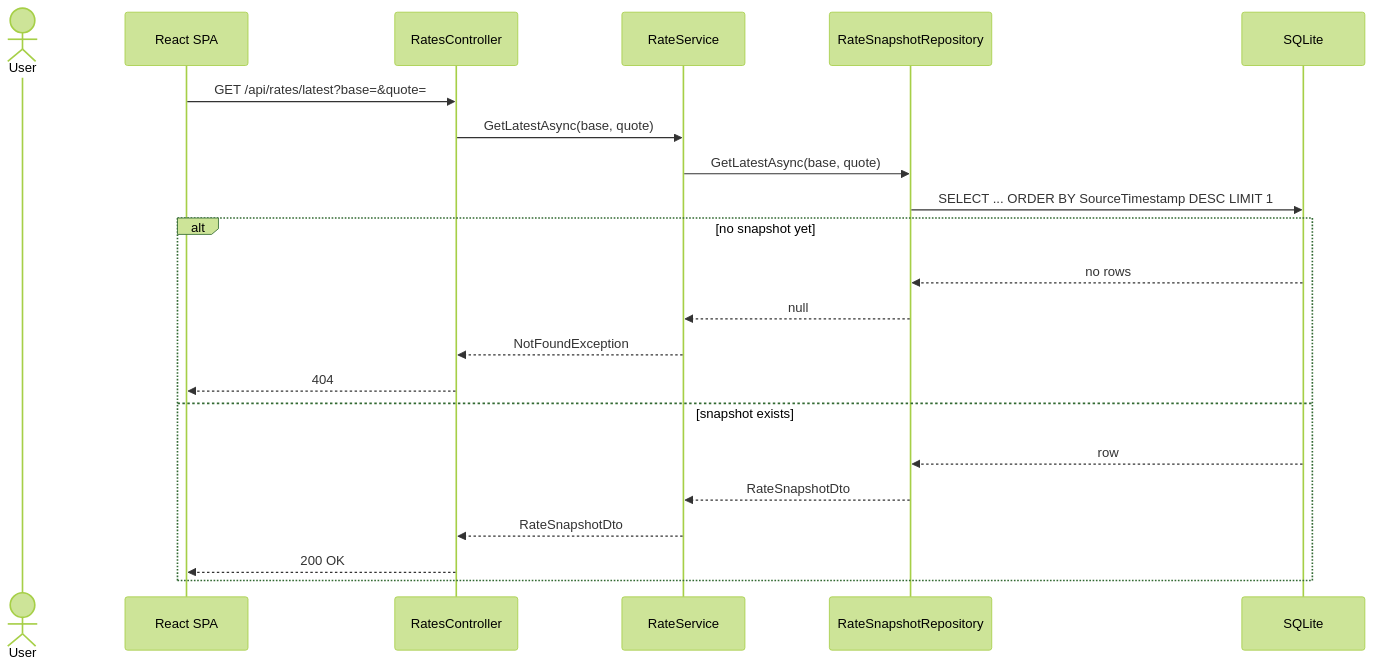
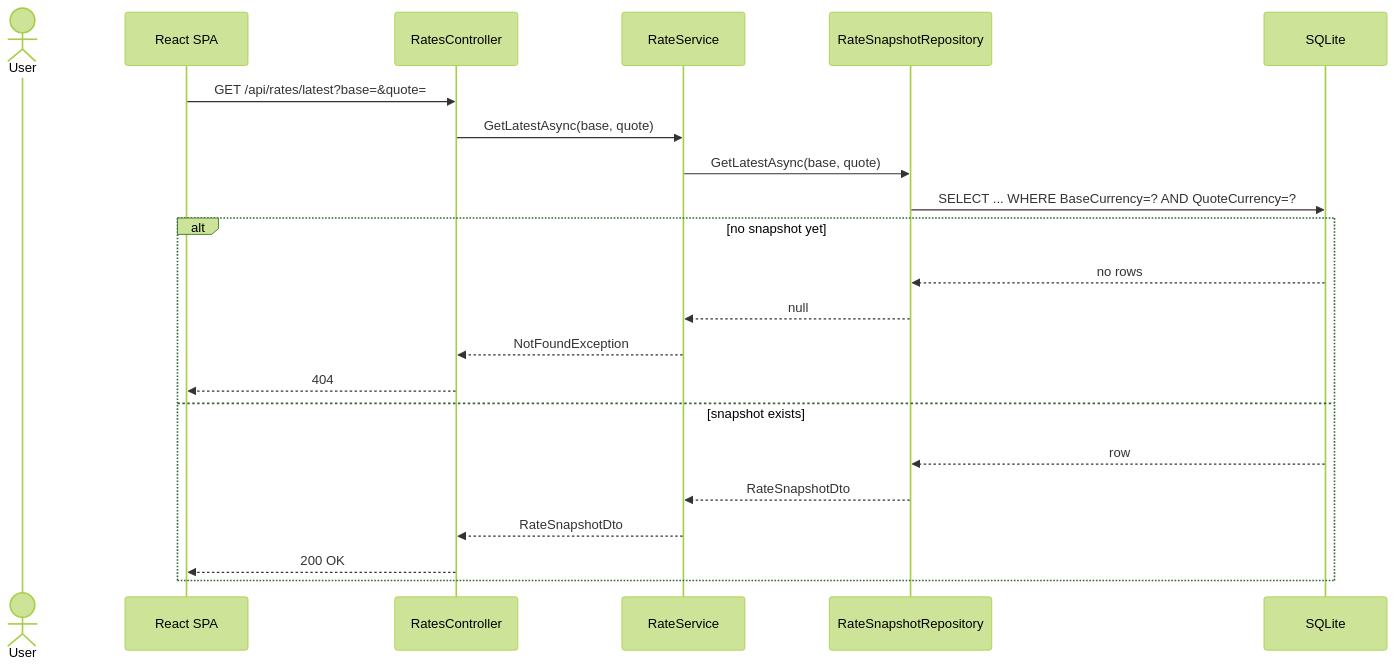
One commit to tarunguddeti/ratewatch changed diagram 12 of 19 in docs/architecture.md. Above: the diagram before and after it, drawn with Mermaid (forest theme). The commit also changed other lines of this file and 16 other files, not shown here.

````diff
--- a/docs/architecture.md
+++ b/docs/architecture.md
@@ -573,25 +573,25 @@
 ```mermaid
 sequenceDiagram
     actor U as User
     participant FE as React SPA
     participant C as RatesController
     participant S as RateService
     participant Repo as RateSnapshotRepository
     participant DB as SQLite
 
     FE->>C: GET /api/rates/latest?base=&quote=
     C->>S: GetLatestAsync(base, quote)
     S->>Repo: GetLatestAsync(base, quote)
-    Repo->>DB: SELECT ... ORDER BY SourceTimestamp DESC LIMIT 1
+    Repo->>DB: SELECT ... WHERE BaseCurrency=? AND QuoteCurrency=?
     alt no snapshot yet
         DB-->>Repo: no rows
         Repo-->>S: null
         S-->>C: NotFoundException
         C-->>FE: 404
     else snapshot exists
         DB-->>Repo: row
         Repo-->>S: RateSnapshotDto
         S-->>C: RateSnapshotDto
         C-->>FE: 200 OK
     end
 ```
````
